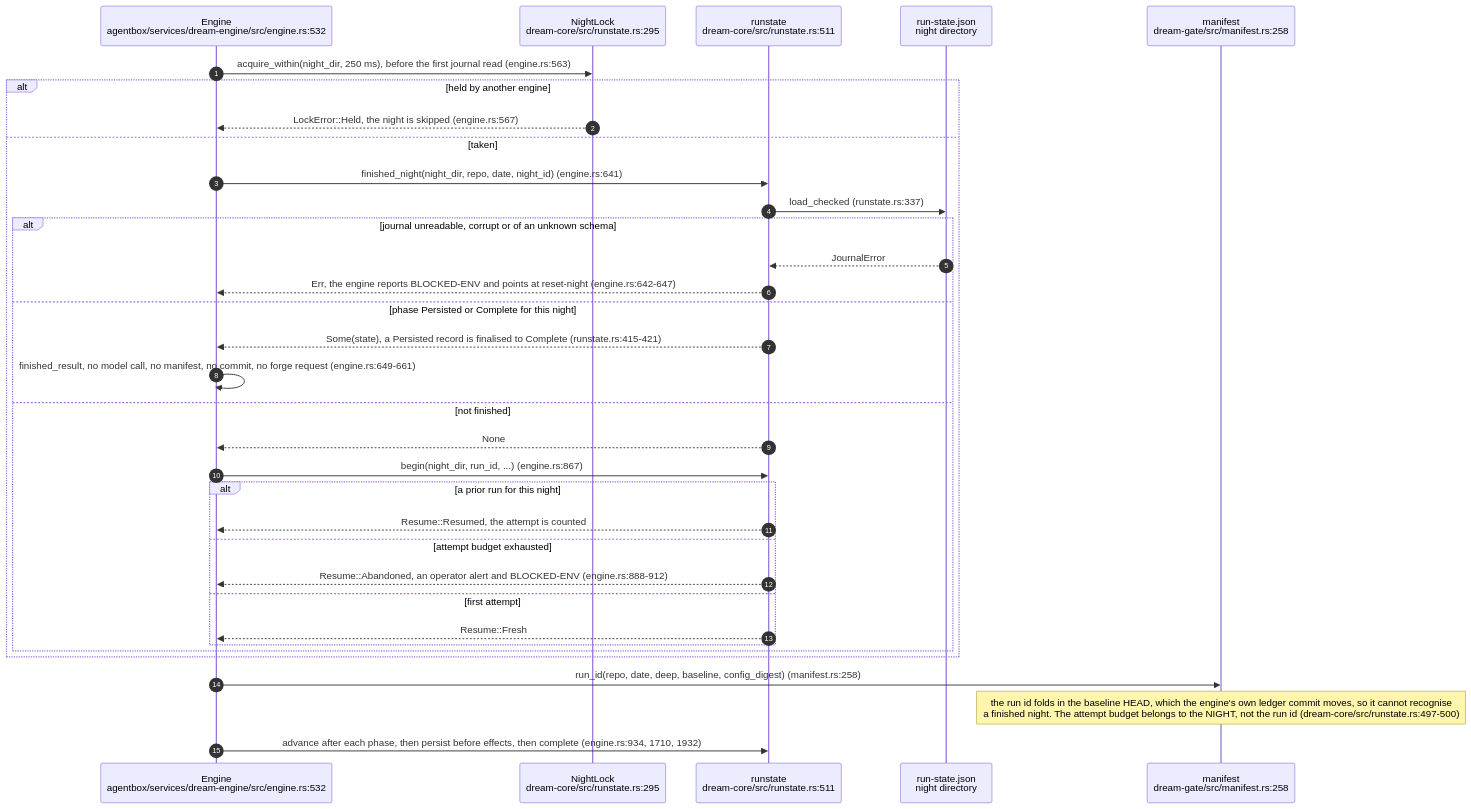
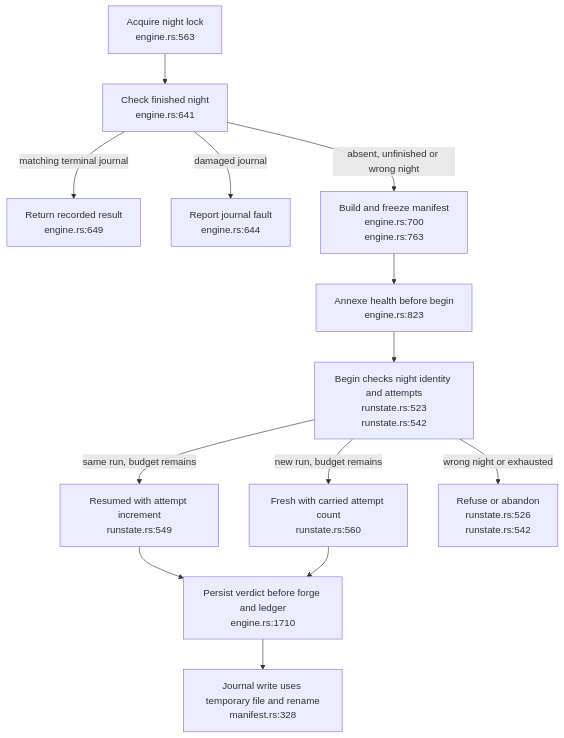
The seventh of 22 diagrams in docs/diagrams/agentbox/23-dream-engine.md (DreamLab-AI/VisionFlow), drawn with Mermaid before and after one commit. The commit also changed other lines of this file and 21 other files, not shown here.

Commit message:
docs(audit): verify dream recovery and source request accounting

````diff
--- a/docs/diagrams/agentbox/23-dream-engine.md
+++ b/docs/diagrams/agentbox/23-dream-engine.md
@@ -429,37 +429,15 @@
 ```mermaid
-sequenceDiagram
-    autonumber
-    participant ENG as Engine<br/>agentbox/services/dream-engine/src/engine.rs:532
-    participant LK as NightLock<br/>dream-core/src/runstate.rs:295
-    participant RS as runstate<br/>dream-core/src/runstate.rs:511
-    participant F as run-state.json<br/>night directory
-    participant MAN as manifest<br/>dream-gate/src/manifest.rs:258
-
-    ENG->>LK: acquire_within(night_dir, 250 ms), before the first journal read (engine.rs:563)
-    alt held by another engine
-        LK-->>ENG: LockError::Held, the night is skipped (engine.rs:567)
-    else taken
-        ENG->>RS: finished_night(night_dir, repo, date, night_id) (engine.rs:641)
-        RS->>F: load_checked (runstate.rs:337)
-        alt journal unreadable, corrupt or of an unknown schema
-            F-->>RS: JournalError
-            RS-->>ENG: Err, the engine reports BLOCKED-ENV and points at reset-night (engine.rs:642-647)
-        else phase Persisted or Complete for this night
-            RS-->>ENG: Some(state), a Persisted record is finalised to Complete (runstate.rs:415-421)
-            ENG->>ENG: finished_result, no model call, no manifest, no commit, no forge request (engine.rs:649-661)
-        else not finished
-            RS-->>ENG: None
-            ENG->>RS: begin(night_dir, run_id, ...) (engine.rs:867)
-            alt a prior run for this night
-                RS-->>ENG: Resume::Resumed, the attempt is counted
-            else attempt budget exhausted
-                RS-->>ENG: Resume::Abandoned, an operator alert and BLOCKED-ENV (engine.rs:888-912)
-            else first attempt
-                RS-->>ENG: Resume::Fresh
-            end
-        end
-    end
-    ENG->>MAN: run_id(repo, date, deep, baseline, config_digest) (manifest.rs:258)
-    Note over MAN: the run id folds in the baseline HEAD, which the engine's own ledger commit moves, so it cannot recognise<br/>a finished night. The attempt budget belongs to the NIGHT, not the run id (dream-core/src/runstate.rs:497-500)
-    ENG->>RS: advance after each phase, then persist before effects, then complete (engine.rs:934, 1710, 1932)
+flowchart TB
+    LOCK["Acquire night lock<br/>engine.rs:563"] --> CHECK["Check finished night<br/>engine.rs:641"]
+    CHECK -->|"matching terminal journal"| SKIP["Return recorded result<br/>engine.rs:649"]
+    CHECK -->|"damaged journal"| BLOCK["Report journal fault<br/>engine.rs:644"]
+    CHECK -->|"absent, unfinished or wrong night"| FREEZE["Build and freeze manifest<br/>engine.rs:700<br/>engine.rs:763"]
+    FREEZE --> HEALTH["Annexe health before begin<br/>engine.rs:823"]
+    HEALTH --> BEGIN["Begin checks night identity and attempts<br/>runstate.rs:523<br/>runstate.rs:542"]
+    BEGIN -->|"same run, budget remains"| RESUME["Resumed with attempt increment<br/>runstate.rs:549"]
+    BEGIN -->|"new run, budget remains"| FRESH["Fresh with carried attempt count<br/>runstate.rs:560"]
+    BEGIN -->|"wrong night or exhausted"| STOP["Refuse or abandon<br/>runstate.rs:526<br/>runstate.rs:542"]
+    RESUME --> PERSIST["Persist verdict before forge and ledger<br/>engine.rs:1710"]
+    FRESH --> PERSIST
+    PERSIST --> IO["Journal write uses temporary file and rename<br/>manifest.rs:328"]
 ```
````
